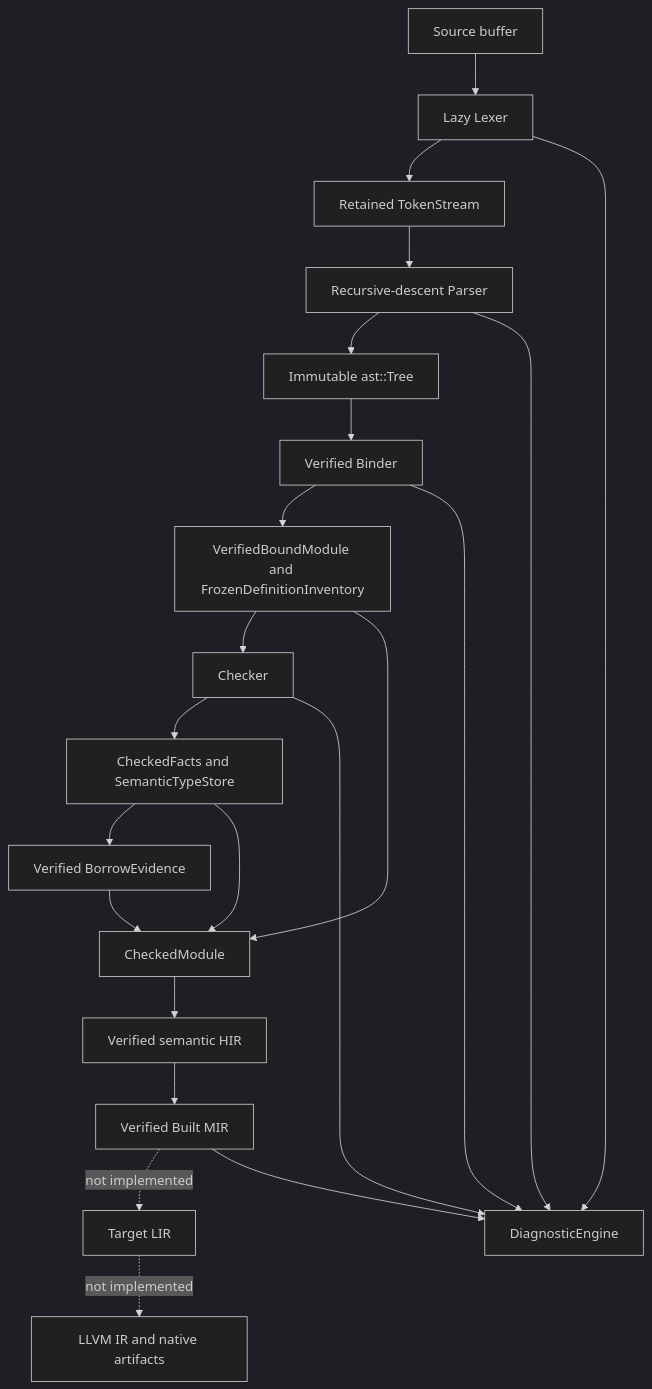
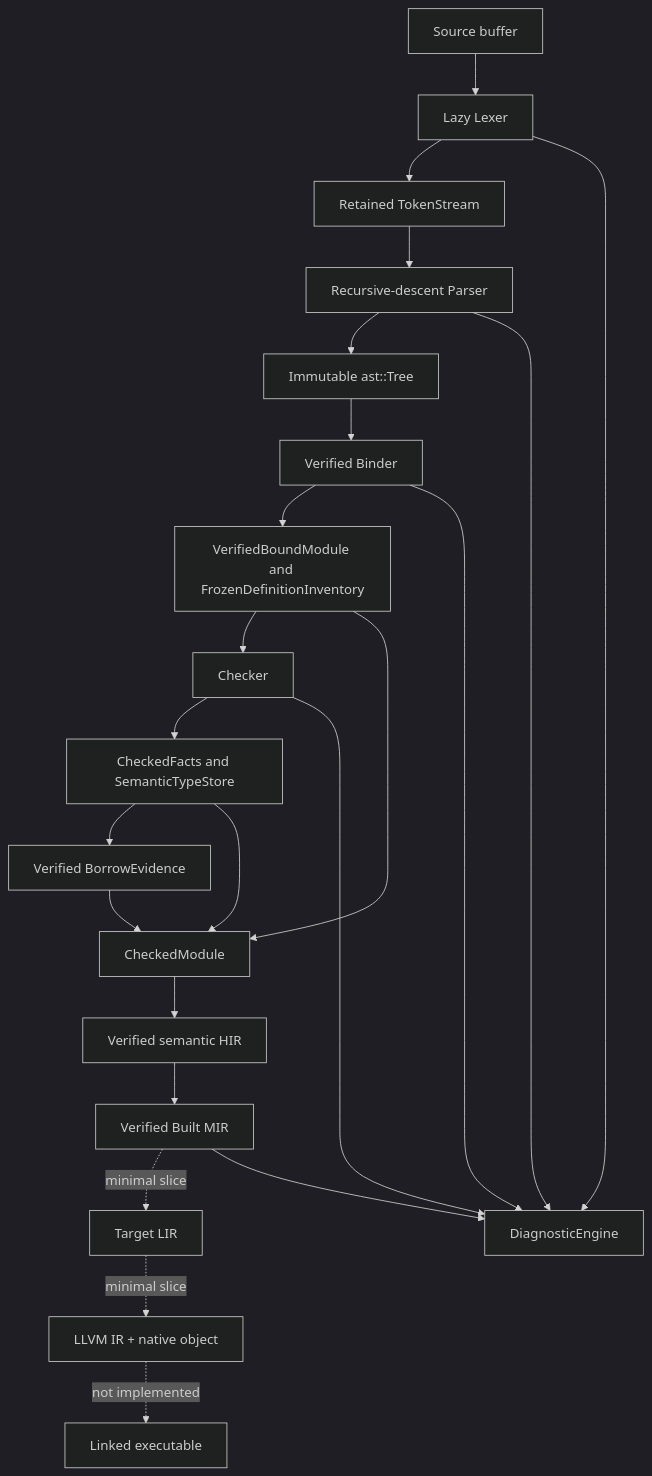
The diagram in AGENTS.md (Zzzode/ZOM), drawn with Mermaid (dark theme) before and after one commit. The commit also changed other lines of this file and 1 other file, not shown here.

````diff
--- a/AGENTS.md
+++ b/AGENTS.md
@@ -157,24 +157,25 @@
 ```mermaid
 flowchart TD
     S[Source buffer] --> L[Lazy Lexer]
     L --> T[Retained TokenStream]
     T --> P[Recursive-descent Parser]
     P --> A[Immutable ast::Tree]
     A --> B[Verified Binder]
     B --> VB[VerifiedBoundModule and FrozenDefinitionInventory]
     VB --> C[Checker]
     C --> CF[CheckedFacts and SemanticTypeStore]
     CF --> BE[Verified BorrowEvidence]
     VB --> CM[CheckedModule]
     CF --> CM
     BE --> CM
     CM --> H[Verified semantic HIR]
     H --> M[Verified Built MIR]
-    M -. not implemented .-> R[Target LIR]
-    R -. not implemented .-> LLVM[LLVM IR and native artifacts]
+    M -. minimal slice .-> R[Target LIR]
+    R -. minimal slice .-> LLVM[LLVM IR + native object]
+    LLVM -. not implemented .-> LINK[Linked executable]
     L --> D[DiagnosticEngine]
     P --> D
     B --> D
     C --> D
     M --> D
 ```
````
